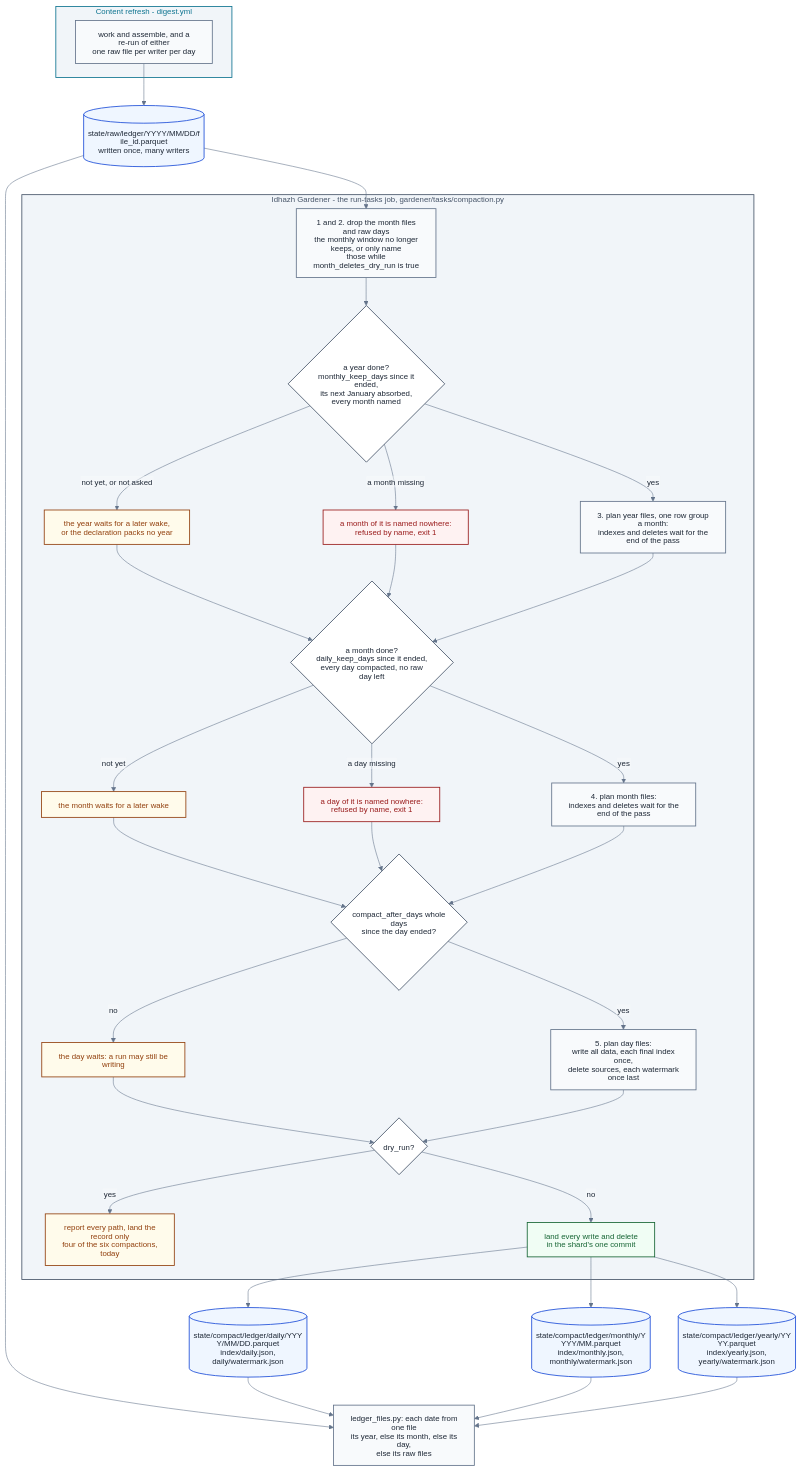
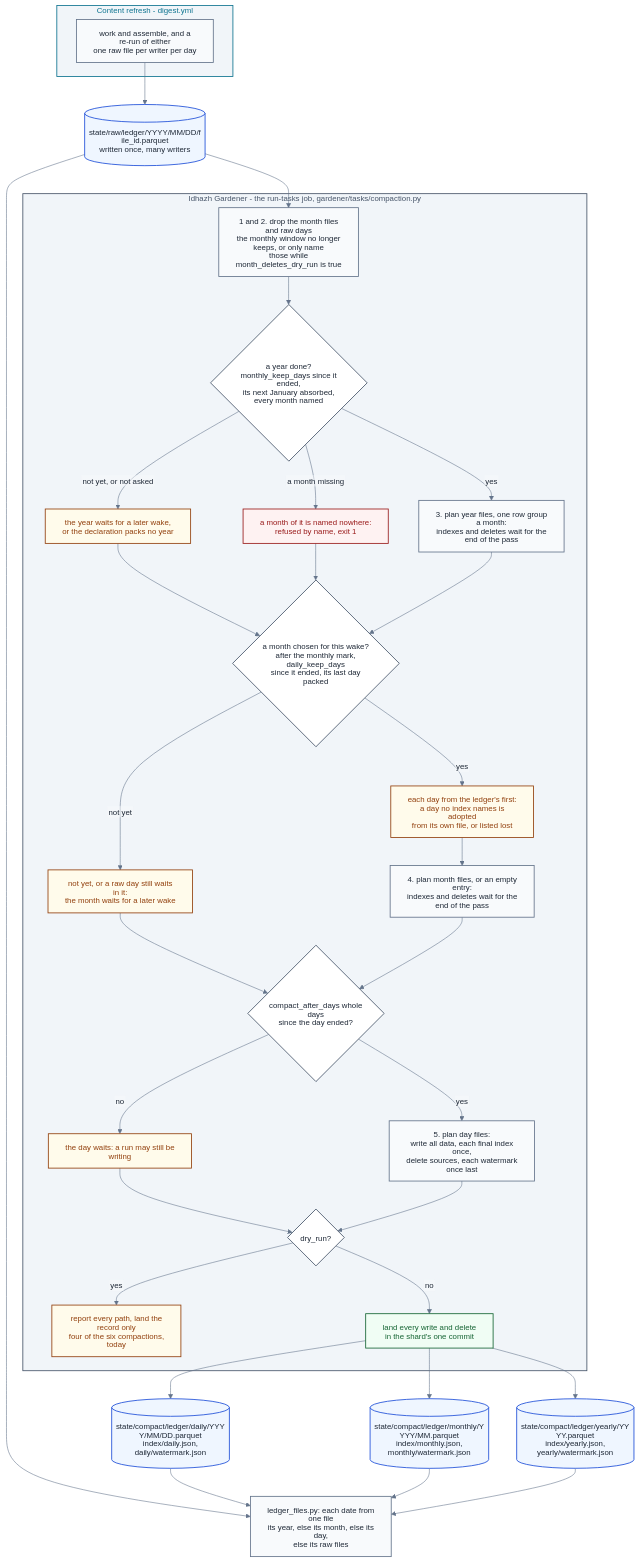
Before and after one commit to miztiik/yen-idhazh: the diagram in docs/architecture/publishing/ledger-compaction.md, drawn with Mermaid. The commit also changed other lines of this file and 21 other files, not shown here.

First line of the commit message:
The month step chooses its own months and recovers a missing day

````diff
--- a/docs/architecture/publishing/ledger-compaction.md
+++ b/docs/architecture/publishing/ledger-compaction.md
@@ -33,79 +33,78 @@
 ```mermaid
 %%{init: {"theme": "base", "htmlLabels": false, "themeVariables": {"background": "#ffffff", "primaryColor": "#f8fafc", "primaryTextColor": "#1f2937", "primaryBorderColor": "#64748b", "lineColor": "#64748b", "textColor": "#1f2937", "clusterBkg": "#f1f5f9", "clusterBorder": "#64748b", "titleColor": "#1f2937", "edgeLabelBackground": "#f8fafc", "fontSize": "14px"}}}%%
 flowchart TB
   subgraph REFRESH["Content refresh - digest.yml"]
     W["work and assemble, and a re-run of either<br/>one raw file per writer per day"]
   end
 
   RAWF[("state/raw/ledger/YYYY/MM/DD/file_id.parquet<br/>written once, many writers")]
 
   subgraph GARDEN["Idhazh Gardener - the run-tasks job, gardener/tasks/compaction.py"]
     DROP["1 and 2. drop the month files and raw days<br/>the monthly window no longer keeps, or only name<br/>those while month_deletes_dry_run is true"]
     YDONE{"a year done?<br/>monthly_keep_days since it ended,<br/>its next January absorbed, every month named"}
     YWAIT["the year waits for a later wake,<br/>or the declaration packs no year"]
     YHOLE["a month of it is named nowhere:<br/>refused by name, exit 1"]
     PACK["3. plan year files, one row group a month:<br/>indexes and deletes wait for the end of the pass"]
-    MDONE{"a month done?<br/>daily_keep_days since it ended,<br/>every day compacted, no raw day left"}
-    MWAIT["the month waits for a later wake"]
-    MHOLE["a day of it is named nowhere:<br/>refused by name, exit 1"]
-    ABSORB["4. plan month files:<br/>indexes and deletes wait for the end of the pass"]
+    MDONE{"a month chosen for this wake?<br/>after the monthly mark, daily_keep_days<br/>since it ended, its last day packed"}
+    MWAIT["not yet, or a raw day still waits in it:<br/>the month waits for a later wake"]
+    MREC["each day from the ledger's first:<br/>a day no index names is adopted<br/>from its own file, or listed lost"]
+    ABSORB["4. plan month files, or an empty entry:<br/>indexes and deletes wait for the end of the pass"]
     DDUE{"compact_after_days whole days<br/>since the day ended?"}
     DHOLD["the day waits: a run may still be writing"]
     TAKE["5. plan day files:<br/>write all data, each final index once,<br/>delete sources, each watermark once last"]
     DRY{"dry_run?"}
     REPORT["report every path, land the record only<br/>four of the six compactions, today"]
     LAND["land every write and delete<br/>in the shard's one commit"]
   end
 
   DAILY[("state/compact/ledger/daily/YYYY/MM/DD.parquet<br/>index/daily.json, daily/watermark.json")]
   MONTHLY[("state/compact/ledger/monthly/YYYY/MM.parquet<br/>index/monthly.json, monthly/watermark.json")]
   YEARLY[("state/compact/ledger/yearly/YYYY.parquet<br/>index/yearly.json, yearly/watermark.json")]
   READER["ledger_files.py: each date from one file<br/>its year, else its month, else its day,<br/>else its raw files"]
 
   W --> RAWF
   RAWF --> DROP
   DROP --> YDONE
   YDONE -->|"not yet, or not asked"| YWAIT
   YDONE -->|"a month missing"| YHOLE
   YDONE -->|"yes"| PACK
   YWAIT --> MDONE
   YHOLE --> MDONE
   PACK --> MDONE
   MDONE -->|"not yet"| MWAIT
-  MDONE -->|"a day missing"| MHOLE
-  MDONE -->|"yes"| ABSORB
+  MDONE -->|"yes"| MREC
+  MREC --> ABSORB
   MWAIT --> DDUE
-  MHOLE --> DDUE
   ABSORB --> DDUE
   DDUE -->|"no"| DHOLD
   DDUE -->|"yes"| TAKE
   DHOLD --> DRY
   TAKE --> DRY
   DRY -->|"yes"| REPORT
   DRY -->|"no"| LAND
   LAND --> DAILY
   LAND --> MONTHLY
   LAND --> YEARLY
   RAWF --> READER
   DAILY --> READER
   MONTHLY --> READER
   YEARLY --> READER
 
   classDef stage fill:#f8fafc,stroke:#64748b,stroke-width:1.5px,color:#1f2937;
   classDef decision fill:#ffffff,stroke:#475569,stroke-width:1.5px,color:#1f2937;
   classDef yes fill:#f0fdf4,stroke:#166534,stroke-width:1.5px,color:#166534;
   classDef no fill:#fef2f2,stroke:#991b1b,stroke-width:1.5px,color:#991b1b;
   classDef warn fill:#fffbeb,stroke:#92400e,stroke-width:1.5px,color:#92400e;
   classDef ledger fill:#eff6ff,stroke:#1d4ed8,stroke-width:1.5px,color:#1f2937;
   classDef sysOps fill:#f1f5f9,stroke:#475569,stroke-width:1.5px,color:#475569;
   classDef sysPublish fill:#f1f5f9,stroke:#0e7490,stroke-width:1.5px,color:#0e7490;
 
   class W,DROP,PACK,ABSORB,TAKE,READER stage;
   class YDONE,MDONE,DDUE,DRY decision;
   class LAND yes;
-  class YHOLE,MHOLE no;
-  class YWAIT,MWAIT,DHOLD,REPORT warn;
+  class YHOLE no;
+  class YWAIT,MWAIT,MREC,DHOLD,REPORT warn;
   class RAWF,DAILY,MONTHLY,YEARLY ledger;
   class REFRESH sysPublish;
   class GARDEN sysOps;
 ```
````
